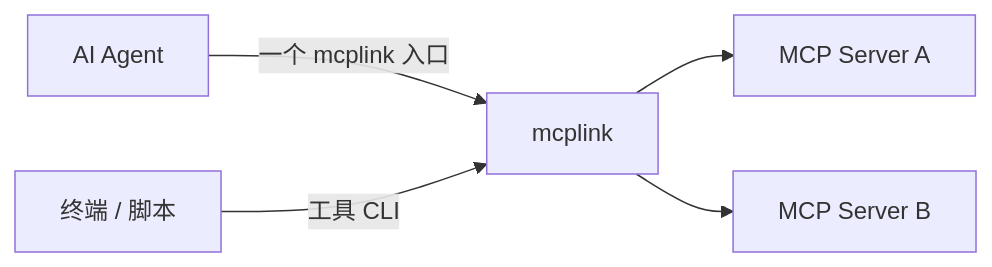
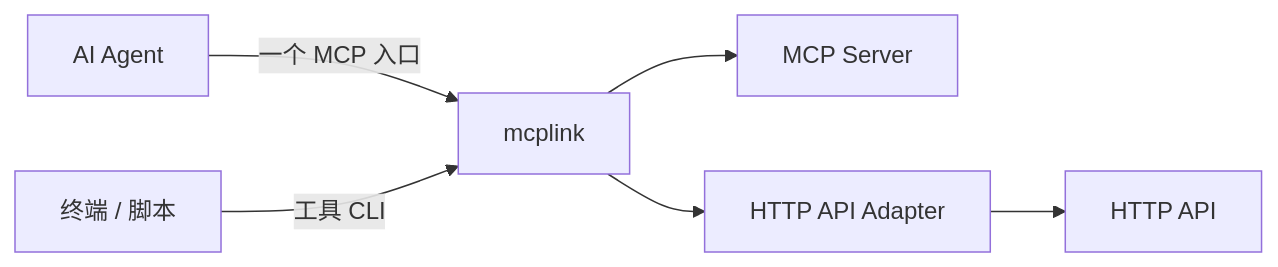
Before and after one commit to sw897/mcplink: the diagram in README.zh-CN.md, drawn with Mermaid. The commit also changed other lines of this file and 1 other file, not shown here.

````diff
--- a/README.zh-CN.md
+++ b/README.zh-CN.md
@@ -55,7 +22,8 @@
 ```mermaid
 flowchart LR
-    Agent["AI Agent"] -->|一个 mcplink 入口| Gateway["mcplink"]
+    Agent["AI Agent"] -->|一个 MCP 入口| Gateway["mcplink"]
     Terminal["终端 / 脚本"] -->|工具 CLI| Gateway
-    Gateway --> A["MCP Server A"]
-    Gateway --> B["MCP Server B"]
+    Gateway --> MCP["MCP Server"]
+    Gateway --> Adapter["HTTP API Adapter"]
+    Adapter --> API["HTTP API"]
 ```
````
